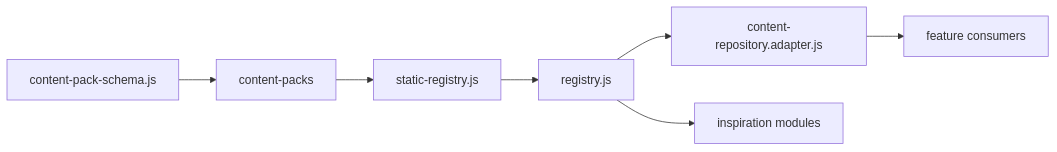
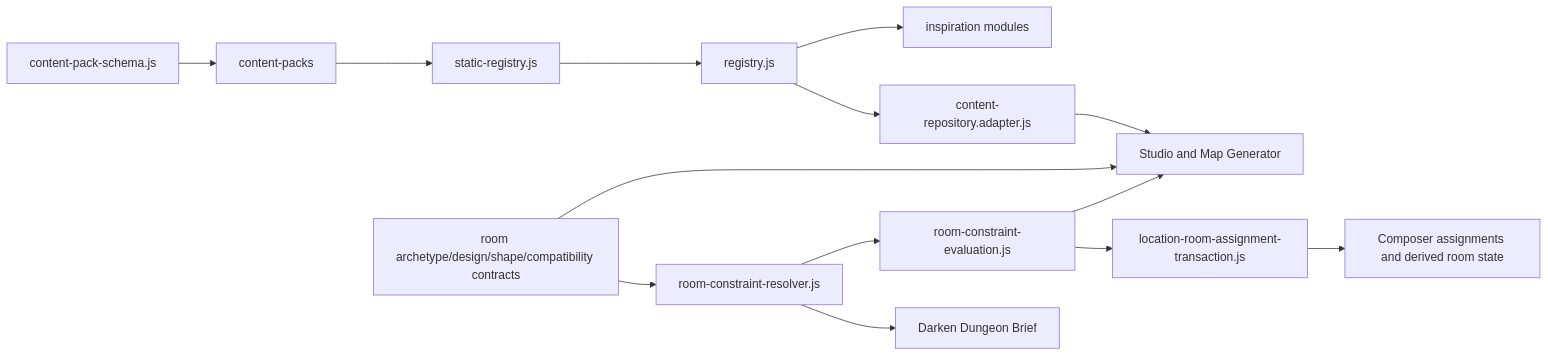
The second of 4 diagrams in docs/repository-map/dependency-graph.md (danilo-aversa/cruor-games), drawn with Mermaid before and after one commit. The commit also changed other lines of this file and 67 other files, not shown here.

````diff
--- a/docs/repository-map/dependency-graph.md
+++ b/docs/repository-map/dependency-graph.md
@@ -27,9 +35,16 @@
 ```mermaid
 flowchart LR
   Schema[content-pack-schema.js] --> Packs[content-packs]
   Packs --> StaticRegistry[static-registry.js]
   StaticRegistry --> Registry[registry.js]
   Registry --> Adapter[content-repository.adapter.js]
   Registry --> Modules[inspiration modules]
-  Adapter --> Features[feature consumers]
+  Contracts[room archetype/design/shape/compatibility contracts] --> Resolver[room-constraint-resolver.js]
+  Contracts --> Features[Studio and Map Generator]
+  Resolver --> DungeonBrief[Darken Dungeon Brief]
+  Resolver --> RoomEvaluation[room-constraint-evaluation.js]
+  RoomEvaluation --> AssignmentTx[location-room-assignment-transaction.js]
+  AssignmentTx --> ComposerState[Composer assignments and derived room state]
+  RoomEvaluation --> Features
+  Adapter --> Features
 ```
````
